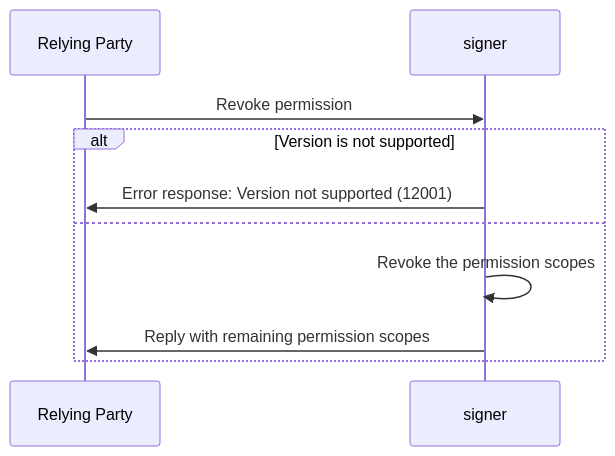
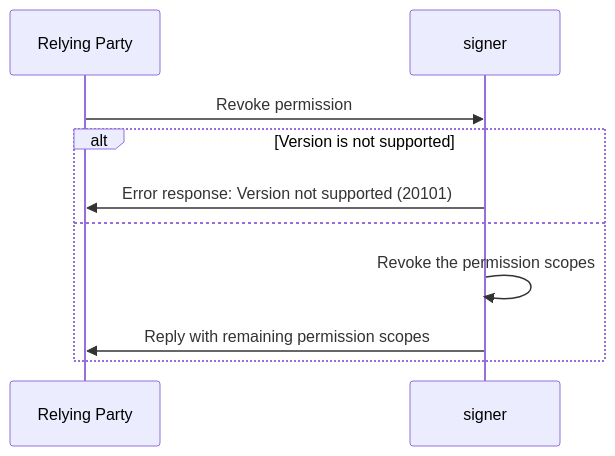
Before and after one commit to dfinity/wg-identity-authentication: the third of 3 diagrams in topics/icrc_25_signer_interaction_standard.md, drawn with Mermaid. The commit also changed other lines of this file, not shown here.

Commit message:
Change error codes, improve document structure

````diff
--- a/topics/icrc_25_signer_interaction_standard.md
+++ b/topics/icrc_25_signer_interaction_standard.md
@@ -453,13 +384,13 @@
 ```mermaid
 sequenceDiagram
     participant RP as Relying Party
     participant S as signer
 
     RP ->> S: Revoke permission
     alt Version is not supported
-        S ->> RP: Error response: Version not supported (12001)
+        S ->> RP: Error response: Version not supported (20101)
     else
         S ->> S: Revoke the permission scopes
         S ->> RP: Reply with remaining permission scopes
     end
 ```
````
